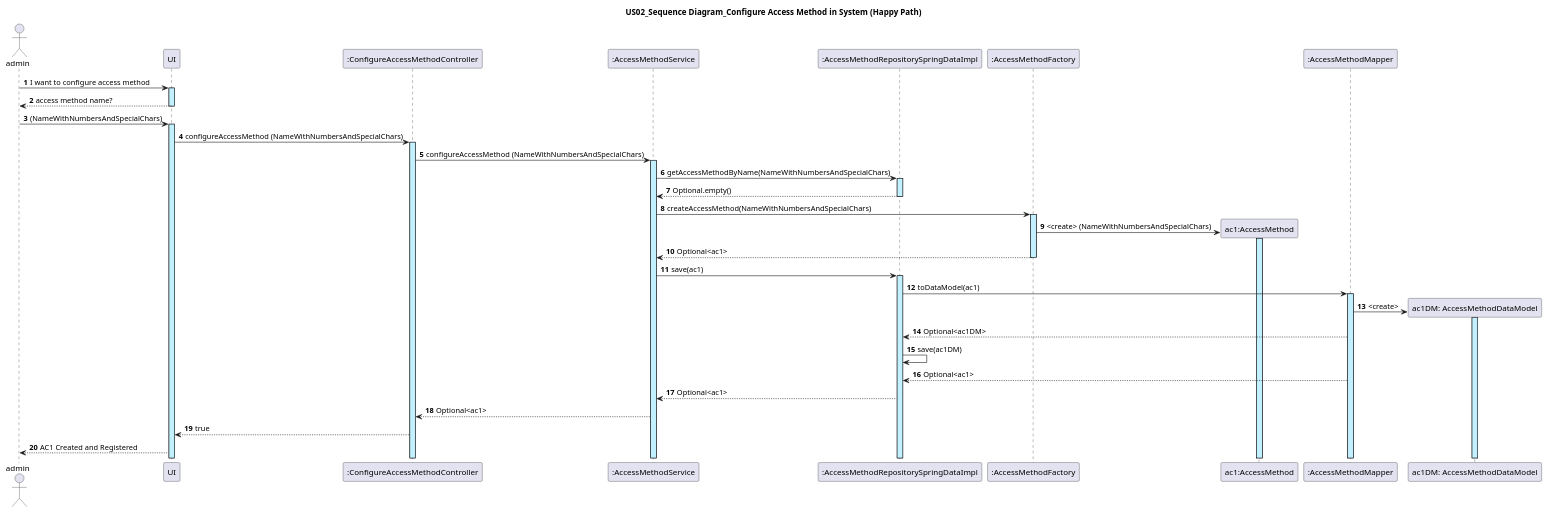
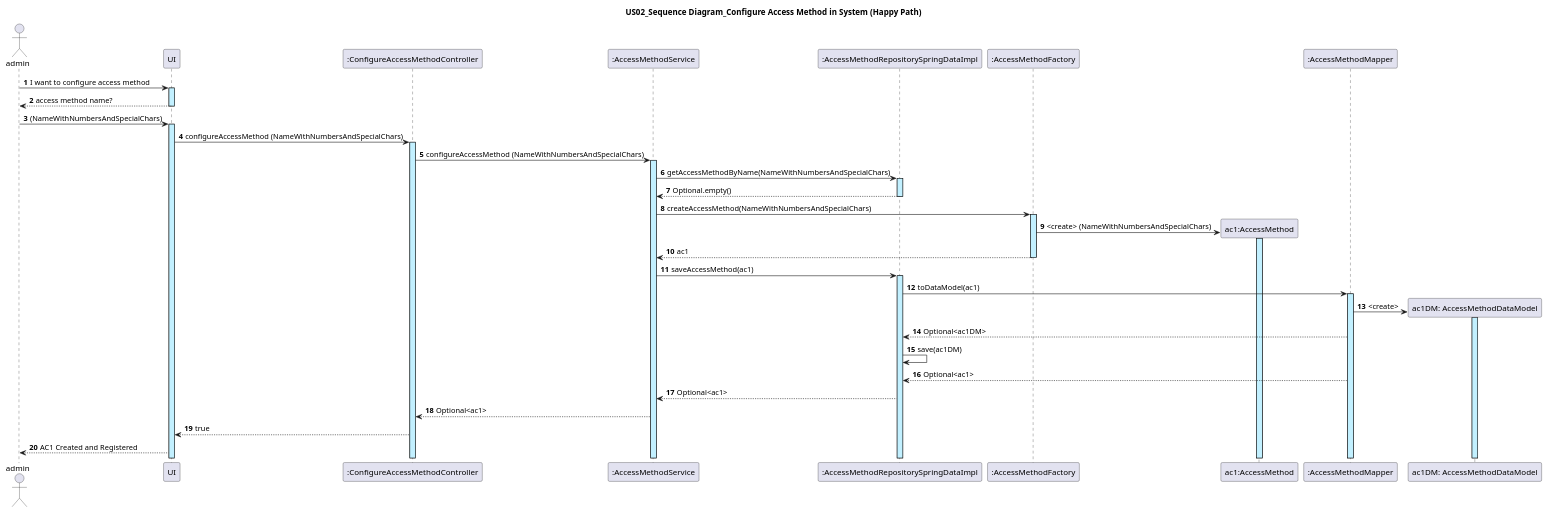
Before and after one commit to GasparISEP/DevOps-PAI: the diagram in docs/US02/US02_ConfigureAccessMethod_JPA_SequenceDiagram.puml, drawn with PlantUML. The commit also changed 1 other file, not shown here.

Commit message:
Update Sequence Diagrams of Memory Repository approach and JPA Approach for better modularity. refs #299

```diff
--- a/docs/US02/US02_ConfigureAccessMethod_JPA_SequenceDiagram.puml
+++ b/docs/US02/US02_ConfigureAccessMethod_JPA_SequenceDiagram.puml
@@ -1,31 +1,31 @@
 @startuml
 actor admin
 autonumber
 
 title: US02_Sequence Diagram_Configure Access Method in System (Happy Path)
 
 admin -> UI ++ #application : I want to configure access method
 UI --> admin -- : access method name?
 admin -> UI ++ #application :(NameWithNumbersAndSpecialChars)
     UI -> ":ConfigureAccessMethodController" as ConfigureAccessMethodController ++ #application : configureAccessMethod (NameWithNumbersAndSpecialChars)
 
 
 ConfigureAccessMethodController -> ":AccessMethodService" ++ #application : configureAccessMethod (NameWithNumbersAndSpecialChars)
 ":AccessMethodService" -> ":AccessMethodRepositorySpringDataImpl" ++ #application:  getAccessMethodByName(NameWithNumbersAndSpecialChars)
 ":AccessMethodRepositorySpringDataImpl" --> ":AccessMethodService" -- #application: Optional.empty()
 ":AccessMethodService" -> ":AccessMethodFactory" as AccessMethodFactory ++ #application: createAccessMethod(NameWithNumbersAndSpecialChars)
 create "ac1:AccessMethod" as AccessMethod
 AccessMethodFactory -> AccessMethod  ++ #application  : <create> (NameWithNumbersAndSpecialChars)
-AccessMethodFactory --> ":AccessMethodService" -- : Optional<ac1>
-":AccessMethodService" -> ":AccessMethodRepositorySpringDataImpl" ++ #application: save(ac1)
+AccessMethodFactory --> ":AccessMethodService" -- : ac1
+":AccessMethodService" -> ":AccessMethodRepositorySpringDataImpl" ++ #application: saveAccessMethod(ac1)
 ":AccessMethodRepositorySpringDataImpl" -> ":AccessMethodMapper" ++ #application: toDataModel(ac1)
 create "ac1DM: AccessMethodDataModel" as AccessMethodDataModel
 ":AccessMethodMapper" -> AccessMethodDataModel ++ #application: <create>
 ":AccessMethodMapper" --> ":AccessMethodRepositorySpringDataImpl": Optional<ac1DM>
 ":AccessMethodRepositorySpringDataImpl" -> ":AccessMethodRepositorySpringDataImpl": save(ac1DM)
 ":AccessMethodMapper" --> ":AccessMethodRepositorySpringDataImpl": Optional<ac1>
 ":AccessMethodRepositorySpringDataImpl" --> ":AccessMethodService": Optional<ac1>
 ":AccessMethodService" --> ConfigureAccessMethodController: Optional<ac1>
 ConfigureAccessMethodController --> UI: true
 UI --> admin: AC1 Created and Registered
 @enduml
```
